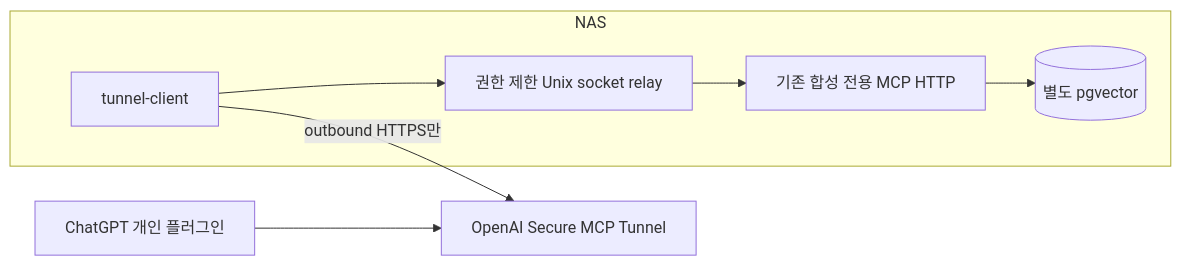
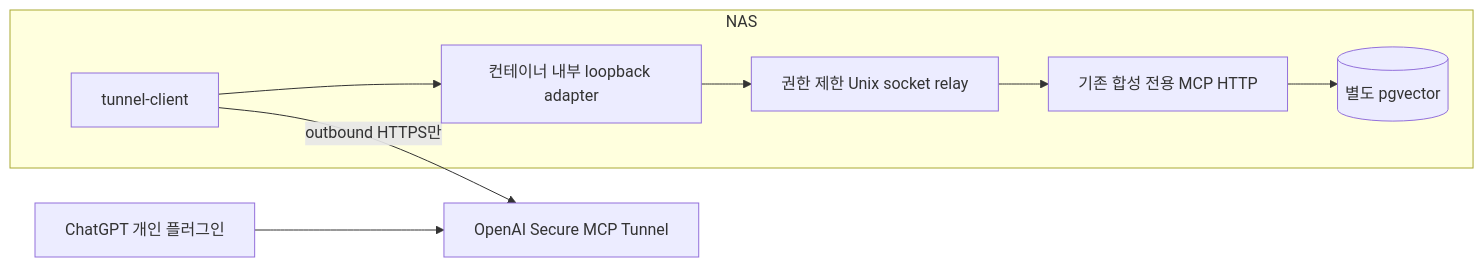
The diagram in docs/13-secure-tunnel-preflight.md (son1004007/patent-rag-agent), drawn with Mermaid before and after one commit. The commit also changed other lines of this file, not shown here.

Commit message:
docs: record live Secure MCP Tunnel authentication and polling; await private plugin registration

````diff
--- a/docs/13-secure-tunnel-preflight.md
+++ b/docs/13-secure-tunnel-preflight.md
@@ -6,10 +6,11 @@
 ```mermaid
 flowchart LR
   C[ChatGPT 개인 플러그인] --> O[OpenAI Secure MCP Tunnel]
   subgraph N[NAS]
-    T[tunnel-client] --> S[권한 제한 Unix socket relay]
+    T[tunnel-client] --> L[컨테이너 내부 loopback adapter]
+    L --> S[권한 제한 Unix socket relay]
     S --> M[기존 합성 전용 MCP HTTP]
     M --> D[(별도 pgvector)]
   end
   T -->|outbound HTTPS만| O
 ```
````
